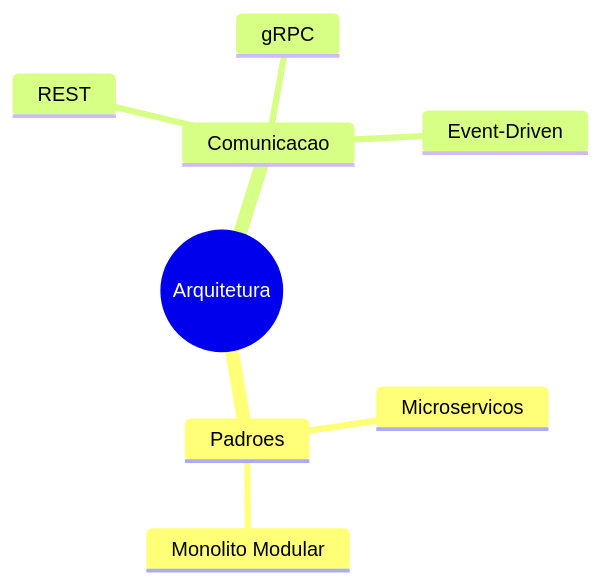
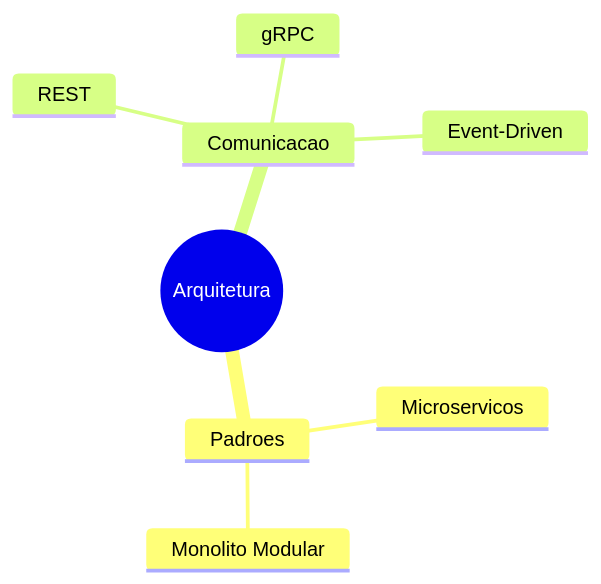
Before and after one commit to dandgabr/skills: diagram 18 of 29 in skills/documentation-designer/SKILL.md, drawn with Mermaid. The commit also changed other lines of this file and 1 other file, not shown here.

Commit message:
Correção dos diagramas e design em mermaid

````diff
--- a/skills/documentation-designer/SKILL.md
+++ b/skills/documentation-designer/SKILL.md
@@ -278,11 +295,11 @@
 ```mermaid
 mindmap
-  root((Arquitetura))
-    Padroes
-      Microservicos
-      Monolito Modular
-    Comunicacao
-      REST
-      gRPC
-      Event-Driven
+    root((Arquitetura))
+        Padroes
+            Microservicos
+            Monolito Modular
+        Comunicacao
+            REST
+            gRPC
+            Event-Driven
 ```
````
